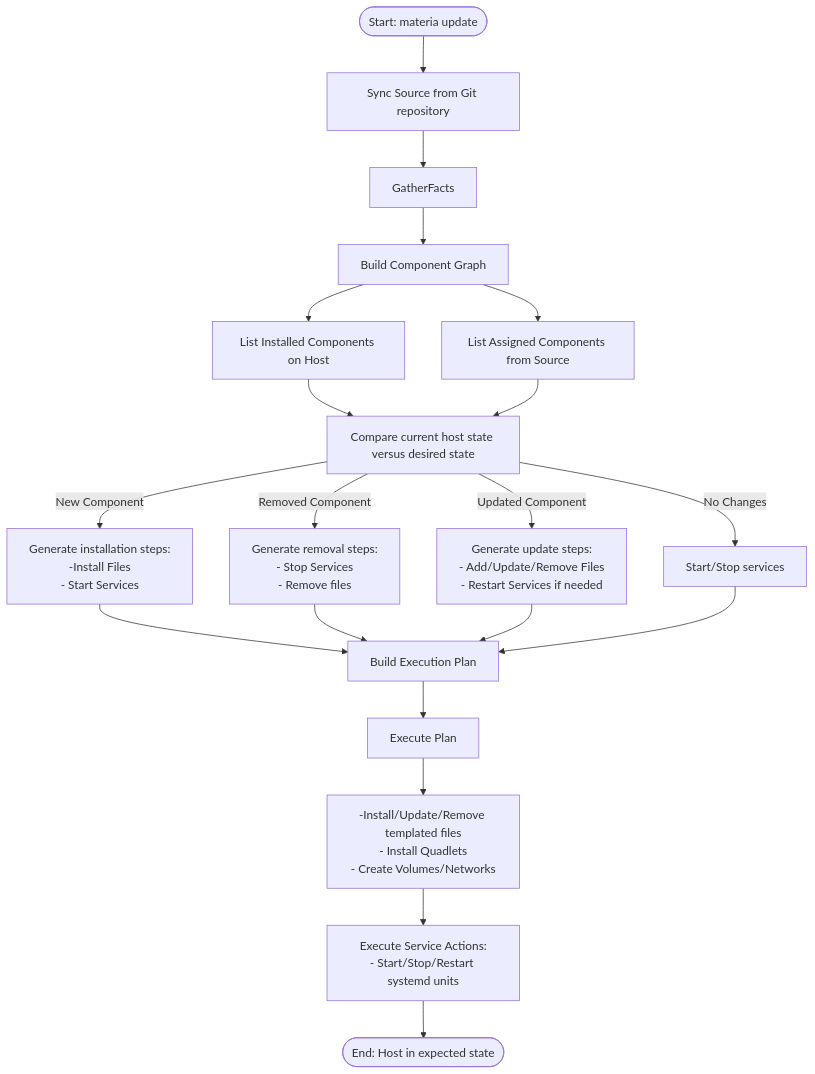
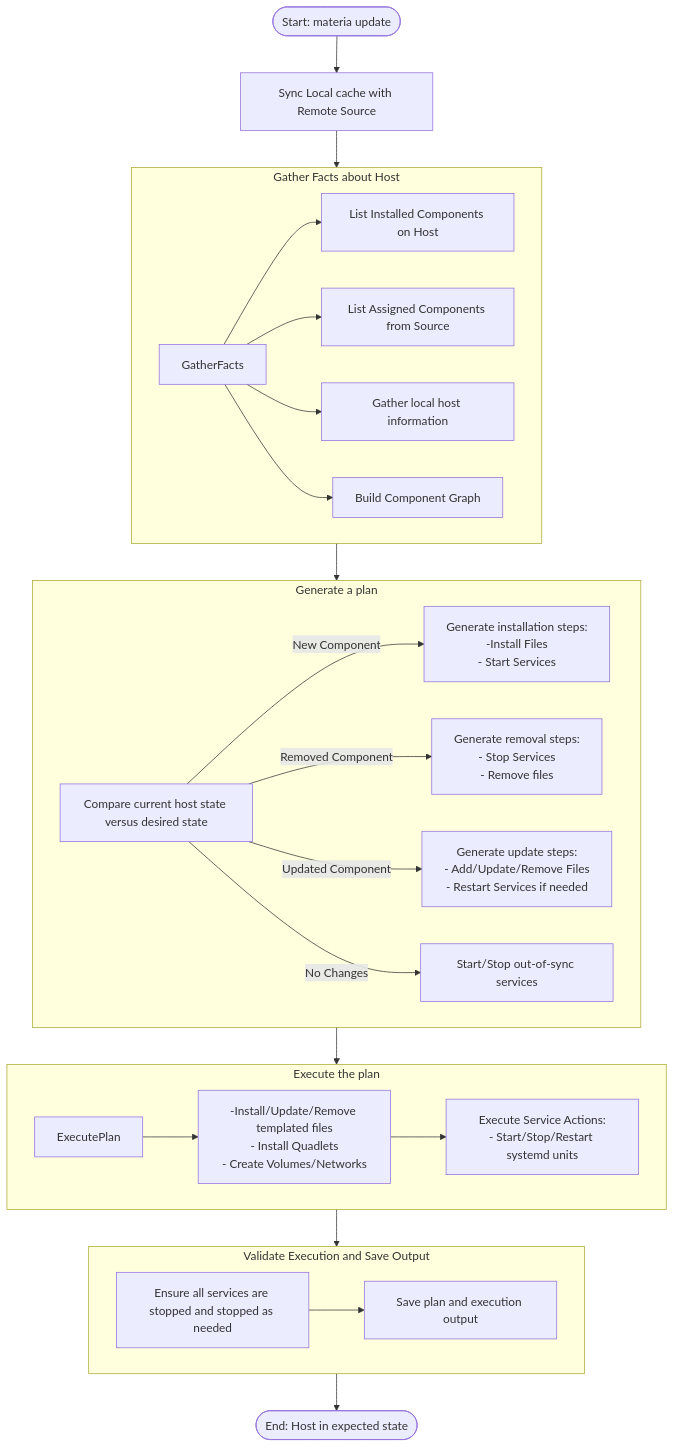
One commit to stryan/materia changed the diagram in diagram.md. Above: the diagram before and after it, drawn with Mermaid. The commit also changed other lines of this file, not shown here.

Commit message:
docs: update diagram

````diff
--- a/diagram.md
+++ b/diagram.md
@@ -5,32 +5,38 @@
 ```mermaid
 graph TD
-    Start([Start: materia update]) --> SyncSources[Sync Source from Git repository]
+    Start([Start: materia update])
+    SyncSources[Sync Local cache with Remote Source]
 
-    SyncSources --> GatherFacts
-    GatherFacts --> BuildGraph[Build Component Graph]
-    BuildGraph --> ListInstalled[List Installed Components on Host]
-    BuildGraph --> ListAssigned[List Assigned Components from Source]
+    subgraph GatherFactsGraph[Gather Facts about Host]
+        GatherFacts --> ListInstalled[List Installed Components on Host]
+        GatherFacts --> ListAssigned[List Assigned Components from Source]
+        GatherFacts --> LookupInfo[Gather local host information]
+        GatherFacts --> BuildGraph[Build Component Graph]
+    end
 
-    ListInstalled --> CompareStates[Compare current host state versus desired state]
-    ListAssigned --> CompareStates
-    CompareStates -->|New Component| GenFresh[Generate installation steps: </br>-Install Files<br/>- Start Services]
+    subgraph PlanUpdatesGraph[Generate a plan]
+        CompareStates[Compare current host state versus desired state]
+        CompareStates -->|New Component| GenFresh[Generate installation steps: </br>-Install Files<br/>- Start Services]
+        CompareStates -->|Removed Component| GenRemove[Generate removal steps:<br/>- Stop Services<br/>- Remove files]
+        CompareStates -->|Updated Component| GenUpdate[Generate update steps:<br/>- Add/Update/Remove Files<br/>- Restart Services if needed]
+        CompareStates -->|No Changes| GenUnchanged[Start/Stop out-of-sync services]
+    end
 
-    CompareStates -->|Removed Component| GenRemove[Generate removal steps:<br/>- Stop Services<br/>- Remove files]
+    subgraph ExecutePlanGraph[Execute the plan]
+        ExecutePlan --> ExecResources[-Install/Update/Remove templated files<br/>- Install Quadlets<br/>- Create Volumes/Networks]
+        ExecResources --> ExecServices[Execute Service Actions:<br/>- Start/Stop/Restart systemd units<br/>]
+    end
 
-    CompareStates -->|Updated Component| GenUpdate[Generate update steps:<br/>- Add/Update/Remove Files<br/>- Restart Services if needed]
+    subgraph FinalizeGraph[Validate Execution and Save Output]
+        CheckServices[Ensure all services are stopped and stopped as needed] --> SaveOutput[Save plan and execution output]
+    end
 
-    CompareStates -->|No Changes| GenUnchanged[Start/Stop services]
+    End([End: Host in expected state])
 
-    GenFresh --> BuildPlan[Build Execution Plan]
-    GenRemove --> BuildPlan
-    GenUpdate --> BuildPlan
-    GenUnchanged --> BuildPlan
-
-    BuildPlan --> ExecutePlan[Execute Plan]
-
-    ExecutePlan --> ExecResources[-Install/Update/Remove templated files<br/>- Install Quadlets<br/>- Create Volumes/Networks]
-
-    ExecResources --> ExecServices[Execute Service Actions:<br/>- Start/Stop/Restart systemd units<br/>]
-
-    ExecServices --> End([End: Host in expected state])
+    Start --> SyncSources
+    SyncSources --> GatherFactsGraph
+    GatherFactsGraph --> PlanUpdatesGraph
+    PlanUpdatesGraph --> ExecutePlanGraph
+    ExecutePlanGraph --> FinalizeGraph
+    FinalizeGraph --> End
 ```
````
